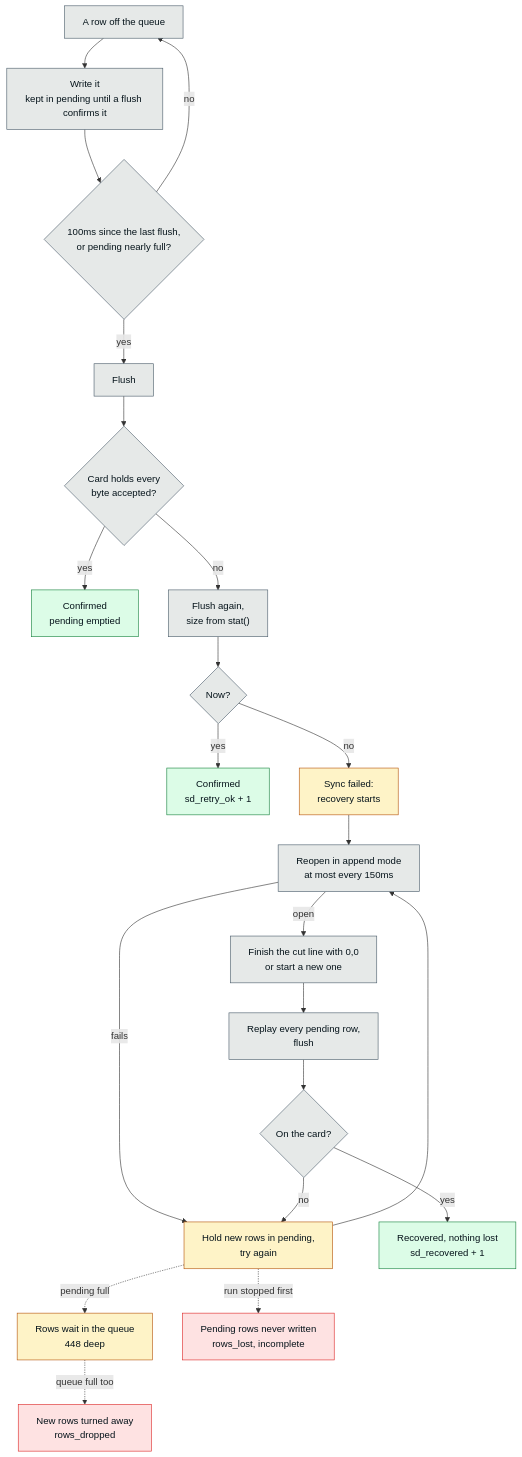
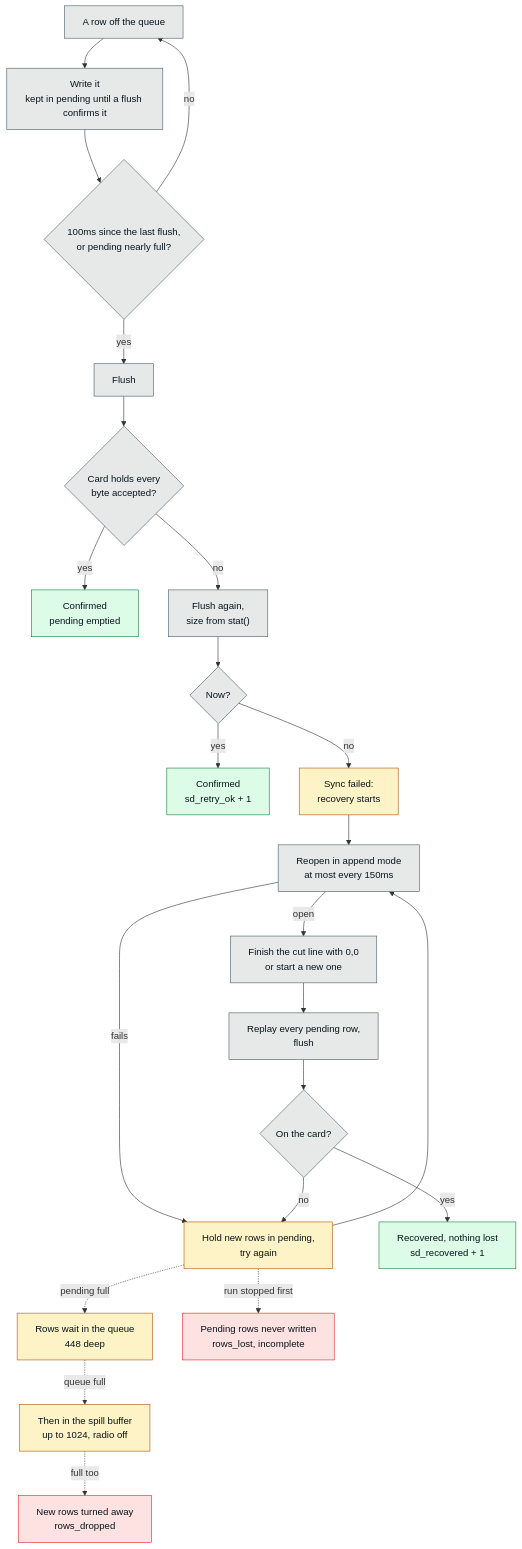
The diagram in docs/sd-card.md (FLAVQUR/dialed-suspension-tuner), drawn with Mermaid before and after one commit. The commit also changed other lines of this file and 10 other files, not shown here.

First line of the commit message:
Cover SD card stalls up to ~2.7s with a spill buffer; read the 2026-10-25 ride

````diff
--- a/docs/sd-card.md
+++ b/docs/sd-card.md
@@ -84,26 +111,27 @@
 ```mermaid
 flowchart TD
     row["A row off the queue"] --> write["Write it<br/>kept in pending until a flush confirms it"]
     write --> due{"100ms since the last flush,<br/>or pending nearly full?"}
     due -- no --> row
     due -- yes --> flush["Flush"] --> check{"Card holds every<br/>byte accepted?"}
     check -- yes --> ok["Confirmed<br/>pending emptied"]:::ok
     check -- no --> retry["Flush again,<br/>size from stat()"] --> check2{"Now?"}
     check2 -- yes --> okr["Confirmed<br/>sd_retry_ok + 1"]:::ok
     check2 -- no --> broken["Sync failed:<br/>recovery starts"]:::warn
     broken --> reopen["Reopen in append mode<br/>at most every 150ms"]
     reopen -- "fails" --> hold["Hold new rows in pending,<br/>try again"]:::warn
     hold --> reopen
     reopen -- "open" --> fin["Finish the cut line with 0,0<br/>or start a new one"]
     fin --> replay["Replay every pending row,<br/>flush"]
     replay --> stuck{"On the card?"}
     stuck -- no --> hold
     stuck -- yes --> rec["Recovered, nothing lost<br/>sd_recovered + 1"]:::ok
     hold -. "pending full" .-> queue["Rows wait in the queue<br/>448 deep"]:::warn
-    queue -. "queue full too" .-> drop["New rows turned away<br/>rows_dropped"]:::bad
+    queue -. "queue full" .-> spillbuf["Then in the spill buffer<br/>up to 1024, radio off"]:::warn
+    spillbuf -. "full too" .-> drop["New rows turned away<br/>rows_dropped"]:::bad
     hold -. "run stopped first" .-> lost["Pending rows never written<br/>rows_lost, incomplete"]:::bad
     classDef default fill:#E6E9E8,stroke:#4A5C6A,color:#06141B
     classDef ok fill:#dcfce7,stroke:#15803d,color:#06141B
     classDef warn fill:#fef3c7,stroke:#b45309,color:#06141B
     classDef bad fill:#fee2e2,stroke:#dc2626,color:#06141B
 ```
````
